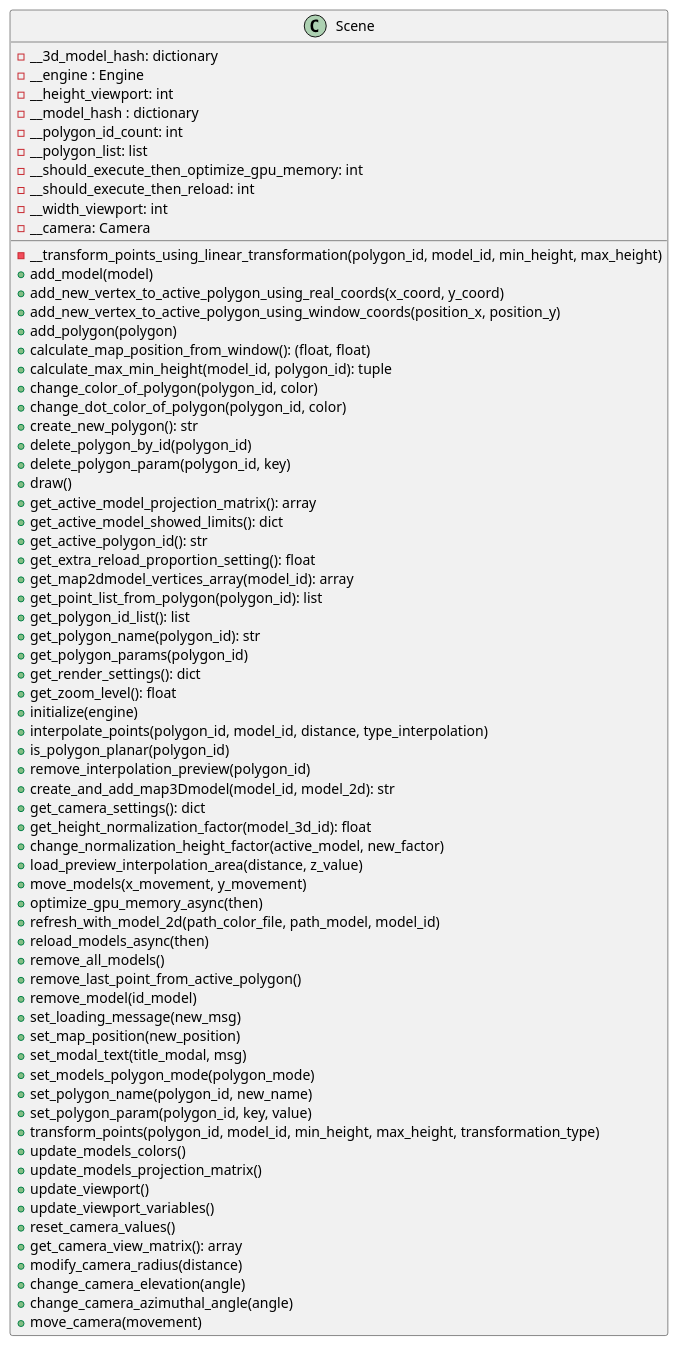
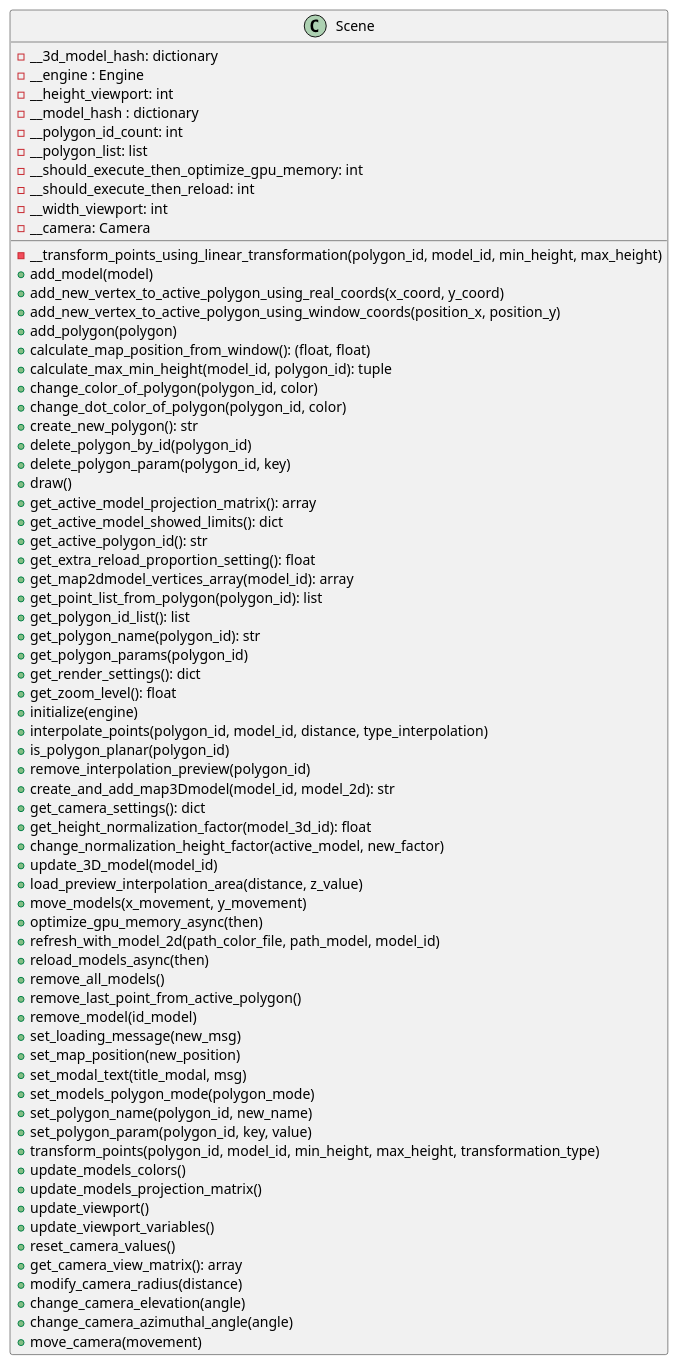
Before and after one commit to ferpoble2/Relief_Creator: the diagram in docs/classes/Scene.puml, drawn with PlantUML. The commit also changed 9 other files, not shown here.

```diff
--- a/docs/classes/Scene.puml
+++ b/docs/classes/Scene.puml
@@ -1,72 +1,73 @@
 @startuml
             class Scene{
                 - __transform_points_using_linear_transformation(polygon_id, model_id, min_height, max_height)
                 + add_model(model)
                 + add_new_vertex_to_active_polygon_using_real_coords(x_coord, y_coord)
                 + add_new_vertex_to_active_polygon_using_window_coords(position_x, position_y)
                 + add_polygon(polygon)
                 + calculate_map_position_from_window(): (float, float)
                 + calculate_max_min_height(model_id, polygon_id): tuple
                 + change_color_of_polygon(polygon_id, color)
                 + change_dot_color_of_polygon(polygon_id, color)
                 + create_new_polygon(): str
                 + delete_polygon_by_id(polygon_id)
                 + delete_polygon_param(polygon_id, key)
                 + draw()
                 + get_active_model_projection_matrix(): array
                 + get_active_model_showed_limits(): dict
                 + get_active_polygon_id(): str
                 + get_extra_reload_proportion_setting(): float
                 + get_map2dmodel_vertices_array(model_id): array
                 + get_point_list_from_polygon(polygon_id): list
                 + get_polygon_id_list(): list
                 + get_polygon_name(polygon_id): str
                 + get_polygon_params(polygon_id)
                 + get_render_settings(): dict
                 + get_zoom_level(): float
                 + initialize(engine)
                 + interpolate_points(polygon_id, model_id, distance, type_interpolation)
                 + is_polygon_planar(polygon_id)
                 + remove_interpolation_preview(polygon_id)
                 + create_and_add_map3Dmodel(model_id, model_2d): str
                 + get_camera_settings(): dict
                 + get_height_normalization_factor(model_3d_id): float
                 + change_normalization_height_factor(active_model, new_factor)
+                + update_3D_model(model_id)
                 + load_preview_interpolation_area(distance, z_value)
                 + move_models(x_movement, y_movement)
                 + optimize_gpu_memory_async(then)
                 + refresh_with_model_2d(path_color_file, path_model, model_id)
                 + reload_models_async(then)
                 + remove_all_models()
                 + remove_last_point_from_active_polygon()
                 + remove_model(id_model)
                 + set_loading_message(new_msg)
                 + set_map_position(new_position)
                 + set_modal_text(title_modal, msg)
                 + set_models_polygon_mode(polygon_mode)
                 + set_polygon_name(polygon_id, new_name)
                 + set_polygon_param(polygon_id, key, value)
                 + transform_points(polygon_id, model_id, min_height, max_height, transformation_type)
                 + update_models_colors()
                 + update_models_projection_matrix()
                 + update_viewport()
                 + update_viewport_variables()
                 + reset_camera_values()
                 + get_camera_view_matrix(): array
                 + modify_camera_radius(distance)
                 + change_camera_elevation(angle)
                 + change_camera_azimuthal_angle(angle)
                 + move_camera(movement)
 
                 - __3d_model_hash: dictionary
                 - __engine : Engine
                 - __height_viewport: int
                 - __model_hash : dictionary
                 - __polygon_id_count: int
                 - __polygon_list: list
                 - __should_execute_then_optimize_gpu_memory: int
                 - __should_execute_then_reload: int
                 - __width_viewport: int
                 - __camera: Camera
             }
 @enduml
```
